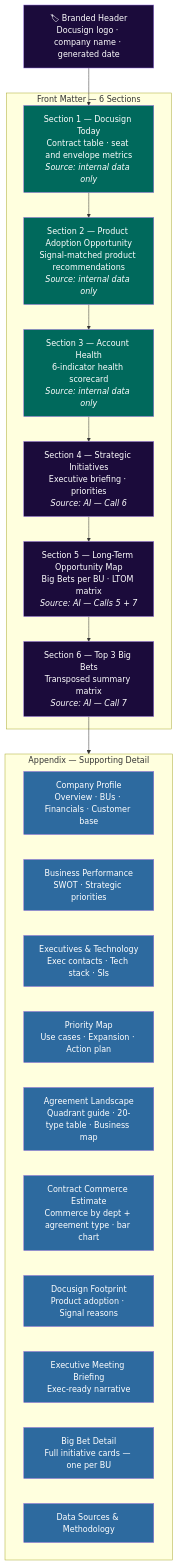
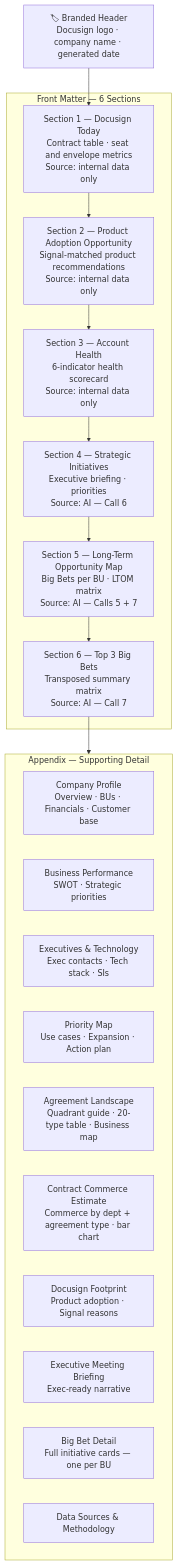
Before and after one commit to prsolans/growth-strategy-2026: the fourth of 6 diagrams in README.md, drawn with Mermaid. The commit also changed other lines of this file, not shown here.

First line of the commit message:
Remove Mermaid color styles, fix HTML tags rendering as literal text

````diff
--- a/README.md
+++ b/README.md
@@ -126,46 +108,28 @@
 ```mermaid
 flowchart TD
     HDR["🏷 Branded Header<br/>Docusign logo · company name · generated date"]
 
     subgraph FRONT["Front Matter — 6 Sections"]
-        S1["Section 1 — Docusign Today<br/>Contract table · seat and envelope metrics<br/><i>Source: internal data only</i>"]
-        S2["Section 2 — Product Adoption Opportunity<br/>Signal-matched product recommendations<br/><i>Source: internal data only</i>"]
-        S3["Section 3 — Account Health<br/>6-indicator health scorecard<br/><i>Source: internal data only</i>"]
-        S4["Section 4 — Strategic Initiatives<br/>Executive briefing · priorities<br/><i>Source: AI — Call 6</i>"]
-        S5["Section 5 — Long-Term Opportunity Map<br/>Big Bets per BU · LTOM matrix<br/><i>Source: AI — Calls 5 + 7</i>"]
-        S6["Section 6 — Top 3 Big Bets<br/>Transposed summary matrix<br/><i>Source: AI — Call 7</i>"]
+        S1["Section 1 — Docusign Today<br/>Contract table · seat and envelope metrics<br/>Source: internal data only"]
+        S2["Section 2 — Product Adoption Opportunity<br/>Signal-matched product recommendations<br/>Source: internal data only"]
+        S3["Section 3 — Account Health<br/>6-indicator health scorecard<br/>Source: internal data only"]
+        S4["Section 4 — Strategic Initiatives<br/>Executive briefing · priorities<br/>Source: AI — Call 6"]
+        S5["Section 5 — Long-Term Opportunity Map<br/>Big Bets per BU · LTOM matrix<br/>Source: AI — Calls 5 + 7"]
+        S6["Section 6 — Top 3 Big Bets<br/>Transposed summary matrix<br/>Source: AI — Call 7"]
     end
 
     subgraph APP["Appendix — Supporting Detail"]
         A1["Company Profile<br/>Overview · BUs · Financials · Customer base"]
         A2["Business Performance<br/>SWOT · Strategic priorities"]
         A3["Executives & Technology<br/>Exec contacts · Tech stack · SIs"]
         A4["Priority Map<br/>Use cases · Expansion · Action plan"]
         A5["Agreement Landscape<br/>Quadrant guide · 20-type table · Business map"]
         A6["Contract Commerce Estimate<br/>Commerce by dept + agreement type · bar chart"]
         A7["Docusign Footprint<br/>Product adoption · Signal reasons"]
         A8["Executive Meeting Briefing<br/>Exec-ready narrative"]
         A9["Big Bet Detail<br/>Full initiative cards — one per BU"]
         A10["Data Sources & Methodology"]
     end
 
     HDR --> S1 --> S2 --> S3 --> S4 --> S5 --> S6 --> APP
-
-    style HDR fill:#1B0B3B,color:#ffffff
-    style S1 fill:#00695C,color:#ffffff
-    style S2 fill:#00695C,color:#ffffff
-    style S3 fill:#00695C,color:#ffffff
-    style S4 fill:#1B0B3B,color:#ffffff
-    style S5 fill:#1B0B3B,color:#ffffff
-    style S6 fill:#1B0B3B,color:#ffffff
-    style A1 fill:#2d6a9f,color:#ffffff
-    style A2 fill:#2d6a9f,color:#ffffff
-    style A3 fill:#2d6a9f,color:#ffffff
-    style A4 fill:#2d6a9f,color:#ffffff
-    style A5 fill:#2d6a9f,color:#ffffff
-    style A6 fill:#2d6a9f,color:#ffffff
-    style A7 fill:#2d6a9f,color:#ffffff
-    style A8 fill:#2d6a9f,color:#ffffff
-    style A9 fill:#2d6a9f,color:#ffffff
-    style A10 fill:#2d6a9f,color:#ffffff
 ```
````
